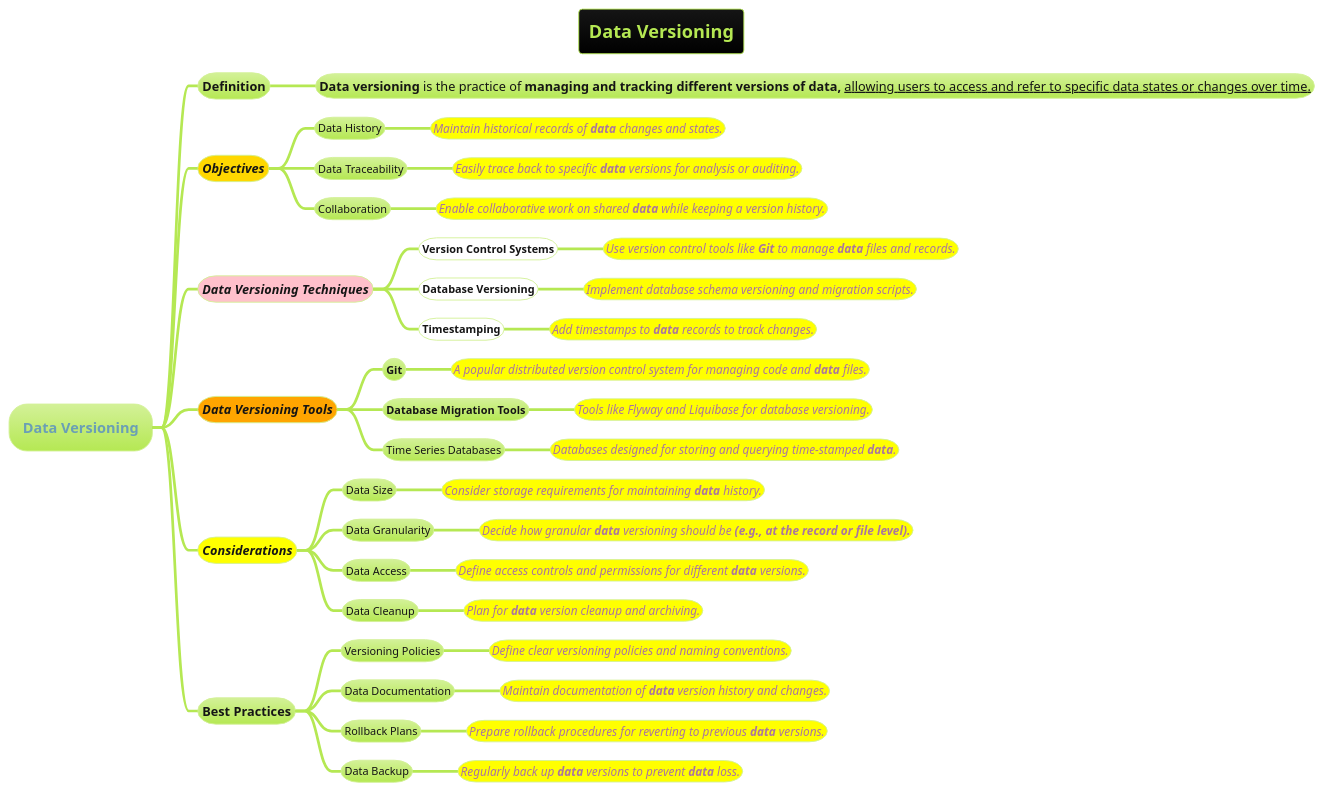
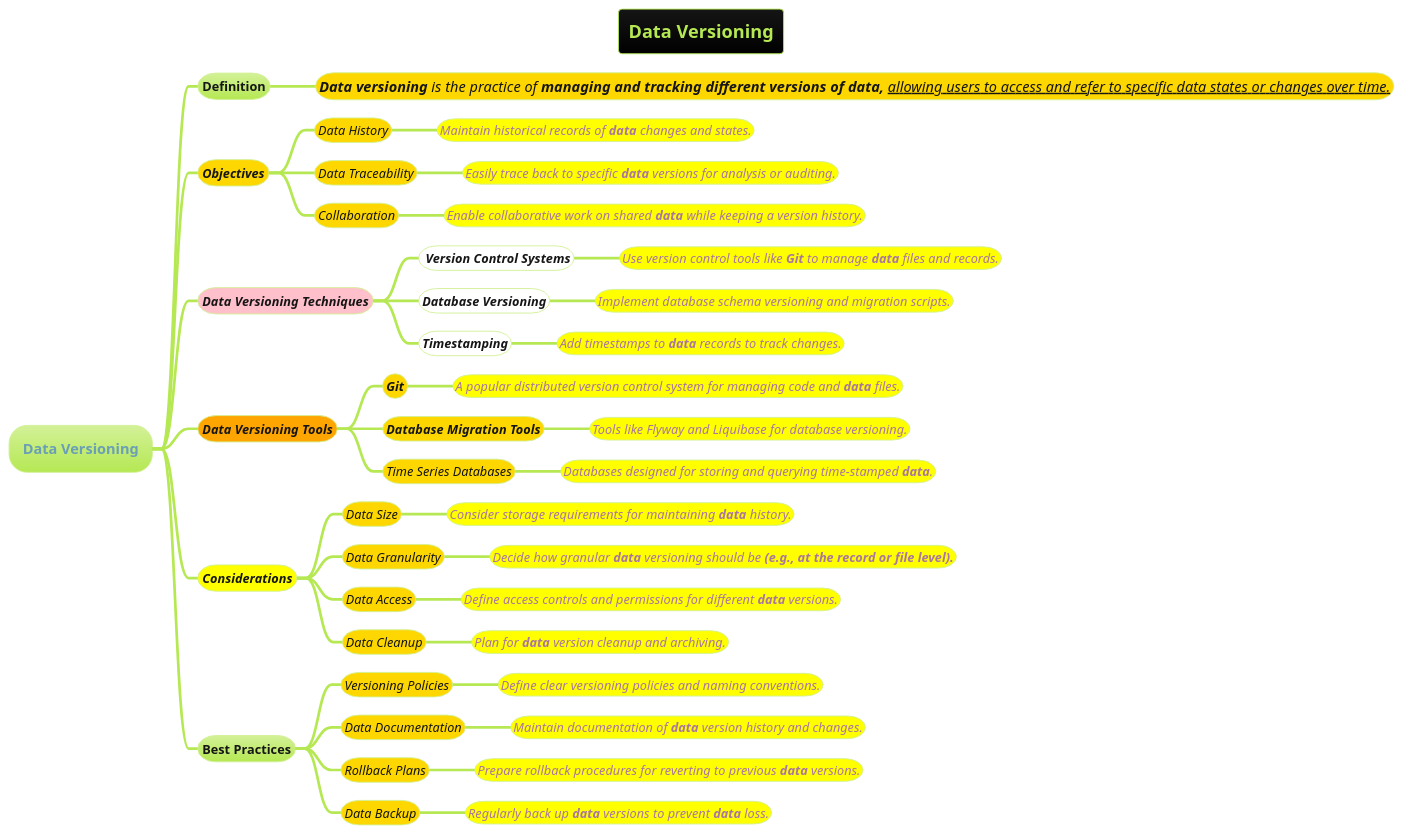
Before and after one commit to MehmoodHashmi/Documentation-as-Code-DaC: the diagram in docs/AI-ML- DL-Data-Science-and-BigData/data-science/data-engineering/Data-Versioning.puml, drawn with PlantUML. The commit also changed 3 other files, not shown here.

```diff
--- a/docs/AI-ML- DL-Data-Science-and-BigData/data-science/data-engineering/Data-Versioning.puml
+++ b/docs/AI-ML- DL-Data-Science-and-BigData/data-science/data-engineering/Data-Versioning.puml
@@ -1,63 +1,63 @@
 @startmindmap
 title Data Versioning
 !theme hacker
 
 * Data Versioning
 ** Definition
-*** <size:14>**Data versioning** is the practice of **managing and tracking different versions of data,** __allowing users to access and refer to specific data states or changes over time.__
+***[#gold] ====<size:14><size:16>**Data versioning** is the practice of **managing and tracking different versions of data,** __allowing users to access and refer to specific data states or changes over time.__
 
 **[#gold] ====Objectives
-*** Data History
-****[#yellow] ====<size:13>Maintain historical records of **data** changes and states.
-*** Data Traceability
-****[#yellow] ====<size:13>Easily trace back to specific **data** versions for analysis or auditing.
-*** Collaboration
-****[#yellow] ====<size:13>Enable collaborative work on shared **data** while keeping a version history.
+***[#gold] ====<size:14>Data History
+****[#yellow] ====<size:14>Maintain historical records of **data** changes and states.
+***[#gold] ====<size:14>Data Traceability
+****[#yellow] ====<size:14>Easily trace back to specific **data** versions for analysis or auditing.
+***[#gold] ====<size:14>Collaboration
+****[#yellow] ====<size:14>Enable collaborative work on shared **data** while keeping a version history.
 
 **[#pink] ====Data Versioning Techniques
-***[#white] **Version Control Systems**
-****[#yellow] ====<size:13>Use version control tools like **Git** to manage **data** files and records.
+***[#white] ====<size:14> **Version Control Systems**
+****[#yellow] ====<size:14>Use version control tools like **Git** to manage **data** files and records.
 
-***[#white] **Database Versioning**
-****[#yellow] ====<size:13>Implement database schema versioning and migration scripts.
+***[#white] ====<size:14>**Database Versioning**
+****[#yellow] ====<size:14>Implement database schema versioning and migration scripts.
 
-***[#white] **Timestamping**
-****[#yellow] ====<size:13>Add timestamps to **data** records to track changes.
+***[#white] ====<size:14>**Timestamping**
+****[#yellow] ====<size:14>Add timestamps to **data** records to track changes.
 
 **[#orange] ====Data Versioning Tools
-*** **Git**
-****[#yellow] ====<size:13>A popular distributed version control system for managing code and **data** files.
+***[#gold] ====<size:14>**Git**
+****[#yellow] ====<size:14>A popular distributed version control system for managing code and **data** files.
 
-*** **Database Migration Tools**
-****[#yellow] ====<size:13>Tools like Flyway and Liquibase for database versioning.
+***[#gold] ====<size:14>**Database Migration Tools**
+****[#yellow] ====<size:14>Tools like Flyway and Liquibase for database versioning.
 
-*** Time Series Databases
-****[#yellow] ====<size:13>Databases designed for storing and querying time-stamped **data**.
+***[#gold] ====<size:14>Time Series Databases
+****[#yellow] ====<size:14>Databases designed for storing and querying time-stamped **data**.
 
 **[#yellow] ====Considerations
-*** Data Size
-****[#yellow] ====<size:13>Consider storage requirements for maintaining **data** history.
+***[#gold] ====<size:14>Data Size
+****[#yellow] ====<size:14>Consider storage requirements for maintaining **data** history.
 
-*** Data Granularity
-****[#yellow] ====<size:13>Decide how granular **data** versioning should be **(e.g., at the record or file level).**
+***[#gold] ====<size:14>Data Granularity
+****[#yellow] ====<size:14>Decide how granular **data** versioning should be **(e.g., at the record or file level).**
 
-*** Data Access
-****[#yellow] ====<size:13>Define access controls and permissions for different **data** versions.
+***[#gold] ====<size:14>Data Access
+****[#yellow] ====<size:14>Define access controls and permissions for different **data** versions.
 
-*** Data Cleanup
-****[#yellow] ====<size:13>Plan for **data** version cleanup and archiving.
+***[#gold] ====<size:14>Data Cleanup
+****[#yellow] ====<size:14>Plan for **data** version cleanup and archiving.
 
 ** Best Practices
-*** Versioning Policies
-****[#yellow] ====<size:13>Define clear versioning policies and naming conventions.
+***[#gold] ====<size:14>Versioning Policies
+****[#yellow] ====<size:14>Define clear versioning policies and naming conventions.
 
-*** Data Documentation
-****[#yellow] ====<size:13>Maintain documentation of **data** version history and changes.
+***[#gold] ====<size:14>Data Documentation
+****[#yellow] ====<size:14>Maintain documentation of **data** version history and changes.
 
-*** Rollback Plans
-****[#yellow] ====<size:13>Prepare rollback procedures for reverting to previous **data** versions.
+***[#gold] ====<size:14>Rollback Plans
+****[#yellow] ====<size:14>Prepare rollback procedures for reverting to previous **data** versions.
 
-*** Data Backup
-****[#yellow] ====<size:13>Regularly back up **data** versions to prevent **data** loss.
+***[#gold] ====<size:14>Data Backup
+****[#yellow] ====<size:14>Regularly back up **data** versions to prevent **data** loss.
 
 @endmindmap
```
